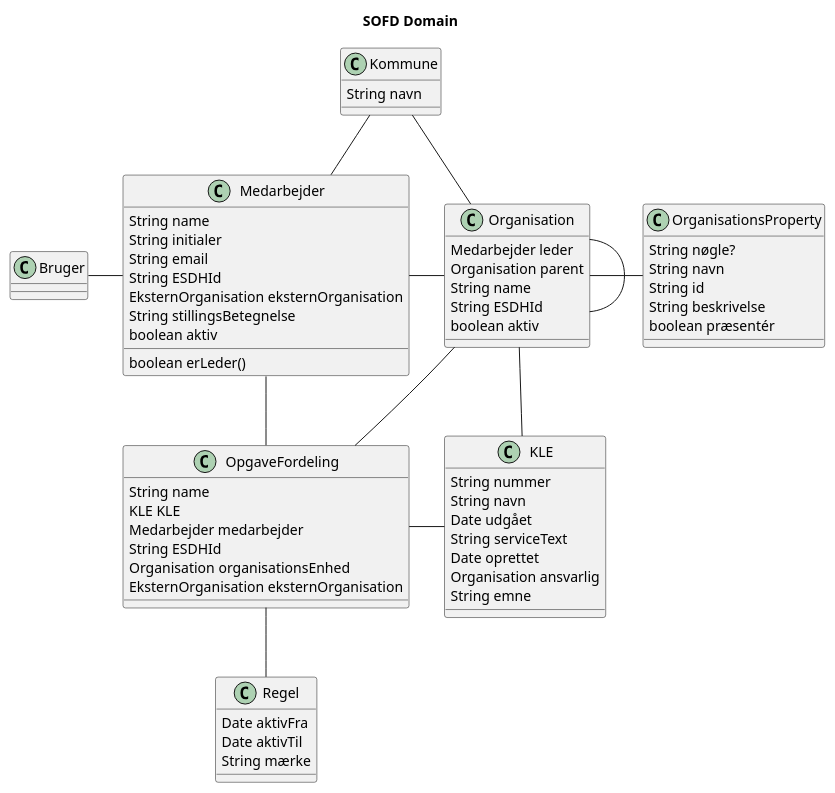
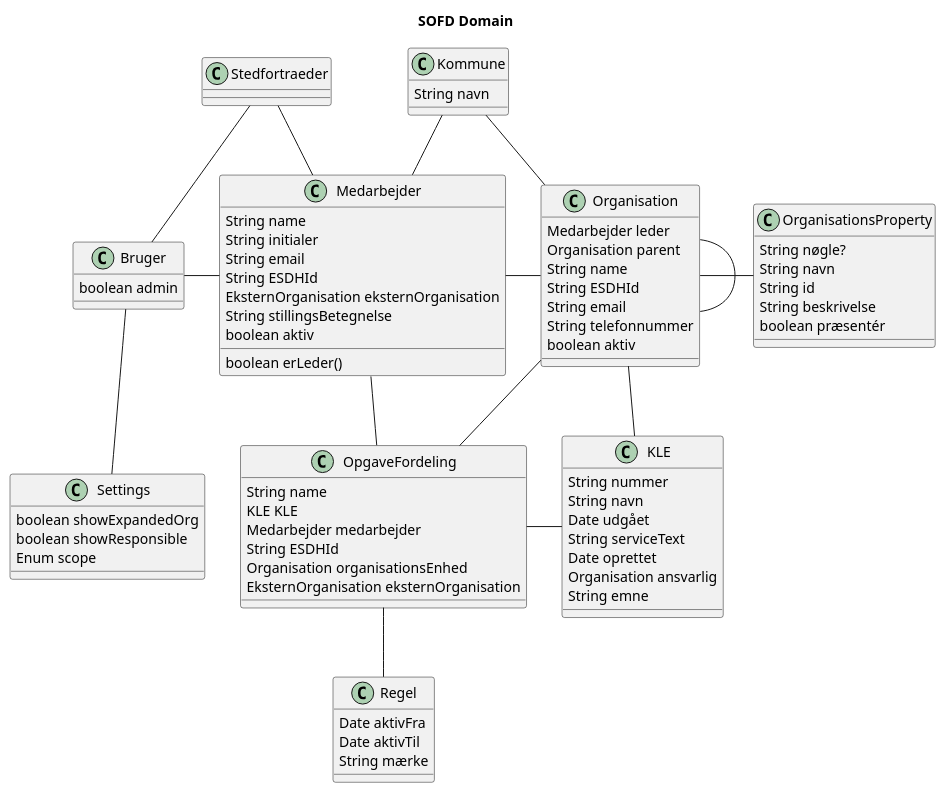
Before and after one commit to dibgraversen/os2opgavefordeler: the diagram in docs/domain.puml, drawn with PlantUML.

Commit message:
updated domain model

```diff
--- a/docs/domain.puml
+++ b/docs/domain.puml
@@ -1,74 +1,89 @@
 @startuml
 title SOFD Domain
+
+class Bruger {
+  boolean admin
+}
 
 class Kommune {
   String navn
 }
 
 class Regel {
   Date aktivFra
   Date aktivTil
   String mærke
 }
 
 class KLE {
   String nummer
   String navn
   Date udgået
   String serviceText
   Date oprettet
   Organisation ansvarlig
   String emne
 }
 
 class OrganisationsProperty {
   String nøgle?
   String navn
   String id
   String beskrivelse
   boolean præsentér
 }
 
 class OpgaveFordeling {
   String name
   KLE KLE
   Medarbejder medarbejder
   String ESDHId
   Organisation organisationsEnhed
   EksternOrganisation eksternOrganisation
 }
 
 class Medarbejder {
   String name
   String initialer
   String email
   String ESDHId
   EksternOrganisation eksternOrganisation
   String stillingsBetegnelse
   boolean aktiv
   boolean erLeder()
   
 }
 
 class Organisation {
   Medarbejder leder
   Organisation parent
   String name
   String ESDHId
+  String email
+  String telefonnummer
   boolean aktiv
   
 }
 
+class Settings {
+  boolean showExpandedOrg
+  boolean showResponsible
+  Enum scope
+}
+
+Stedfortraeder -- Medarbejder
+Stedfortraeder -- Bruger
 Kommune -- Medarbejder
 Kommune -- Organisation
 Organisation - Organisation
 Organisation - OrganisationsProperty
 Organisation -- OpgaveFordeling
 Organisation -- KLE
 Medarbejder -- OpgaveFordeling
 OpgaveFordeling - KLE
 Bruger - Medarbejder
+Bruger -- Settings
 Medarbejder - Organisation
 OpgaveFordeling -- Regel
 
 @enduml
```
